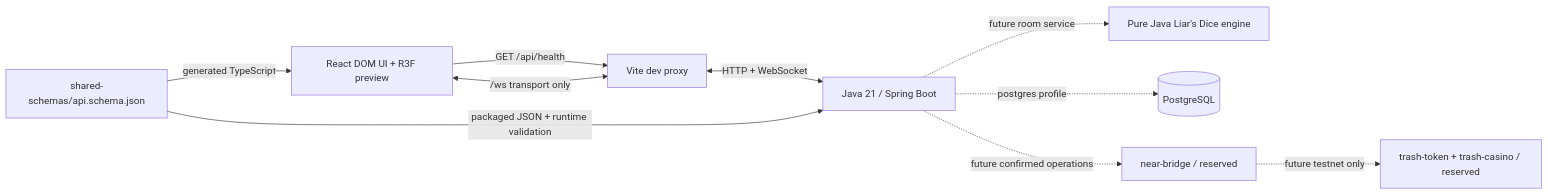
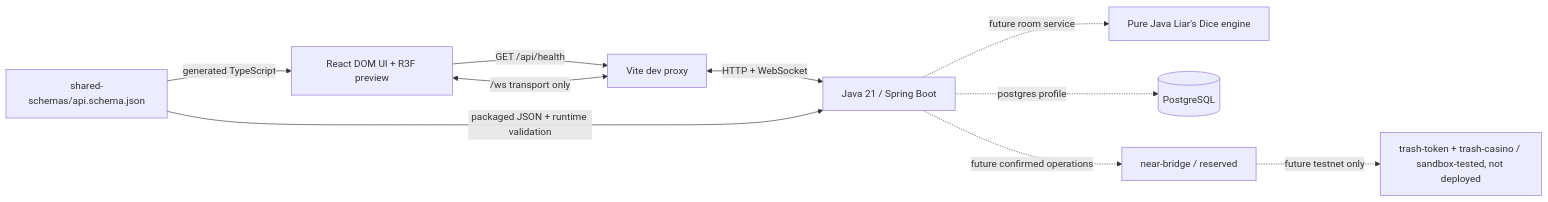
The diagram in docs/architecture.md (miskos21/trash-casino), drawn with Mermaid before and after one commit. The commit also changed other lines of this file and 22 other files, not shown here.

Commit message:
Add TRASH token and casino contracts with sandbox tests

````diff
--- a/docs/architecture.md
+++ b/docs/architecture.md
@@ -14,12 +14,12 @@
 ```mermaid
 flowchart LR
   Browser[React DOM UI + R3F preview] -->|GET /api/health| Vite[Vite dev proxy]
   Browser <-->|/ws transport only| Vite
   Vite <-->|HTTP + WebSocket| Java[Java 21 / Spring Boot]
   Schemas[shared-schemas/api.schema.json] -->|generated TypeScript| Browser
   Schemas -->|packaged JSON + runtime validation| Java
   Java -. future room service .-> Engine[Pure Java Liar's Dice engine]
   Java -. postgres profile .-> Postgres[(PostgreSQL)]
   Java -. future confirmed operations .-> Bridge[near-bridge / reserved]
-  Bridge -. future testnet only .-> Contracts[trash-token + trash-casino / reserved]
+  Bridge -. future testnet only .-> Contracts[trash-token + trash-casino / sandbox-tested, not deployed]
 ```
````
